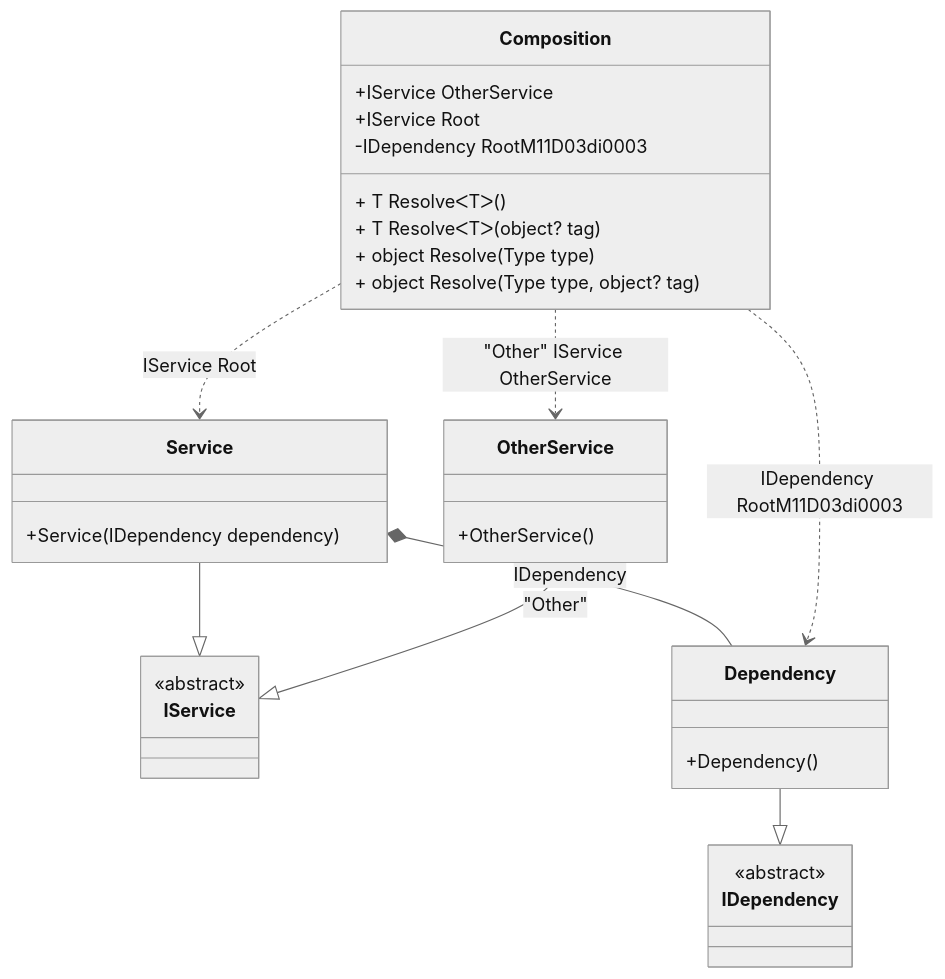
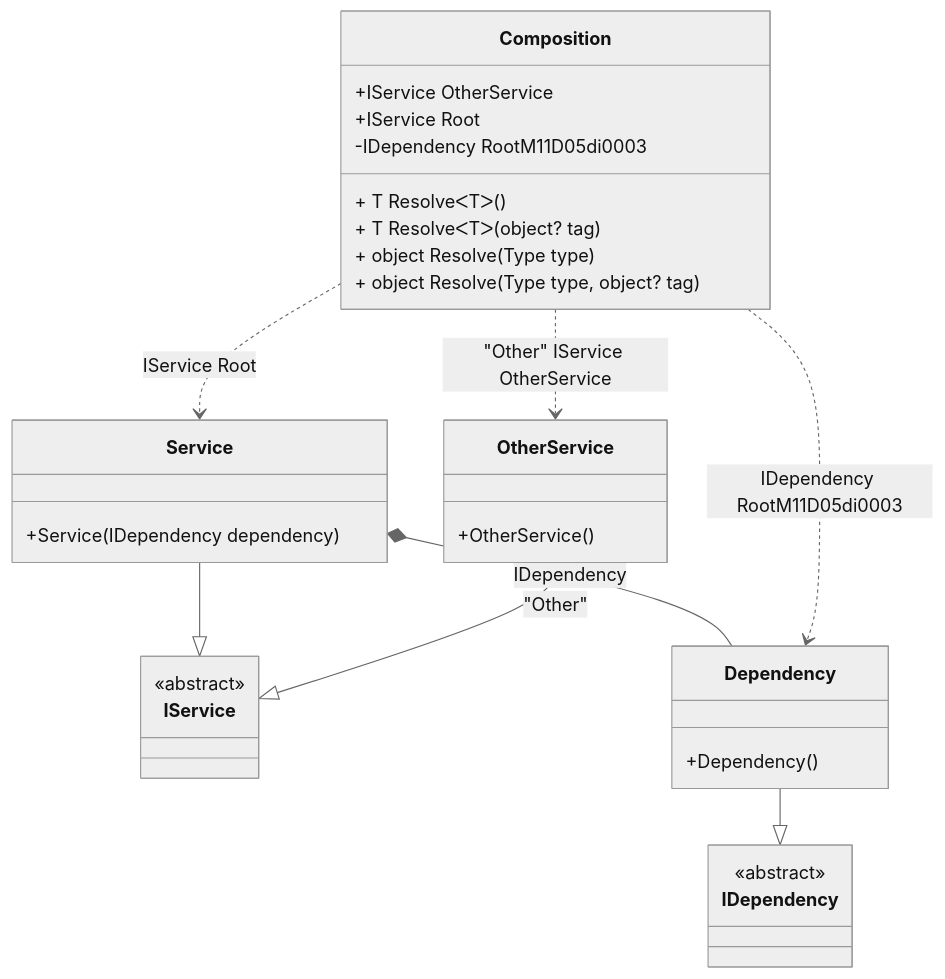
Before and after one commit to DevTeam/Pure.DI: the diagram in readme/composition-roots.md, drawn with Mermaid (neutral theme). The commit also changed other lines of this file and 72 other files, not shown here.

````diff
--- a/readme/composition-roots.md
+++ b/readme/composition-roots.md
@@ -45,34 +45,34 @@
 ```mermaid
 classDiagram
   class Composition {
     +IService OtherService
     +IService Root
-    -IDependency RootM11D03di0003
+    -IDependency RootM11D05di0003
     + T ResolveᐸTᐳ()
     + T ResolveᐸTᐳ(object? tag)
     + object Resolve(Type type)
     + object Resolve(Type type, object? tag)
   }
   Service --|> IService : 
   class Service {
     +Service(IDependency dependency)
   }
   OtherService --|> IService : "Other" 
   class OtherService {
     +OtherService()
   }
   Dependency --|> IDependency : 
   class Dependency {
     +Dependency()
   }
   class IService {
     <<abstract>>
   }
   class IDependency {
     <<abstract>>
   }
   Service *--  Dependency : IDependency
   Composition ..> Service : IService Root
   Composition ..> OtherService : "Other" IService OtherService
-  Composition ..> Dependency : IDependency RootM11D03di0003
+  Composition ..> Dependency : IDependency RootM11D05di0003
 ```
````
